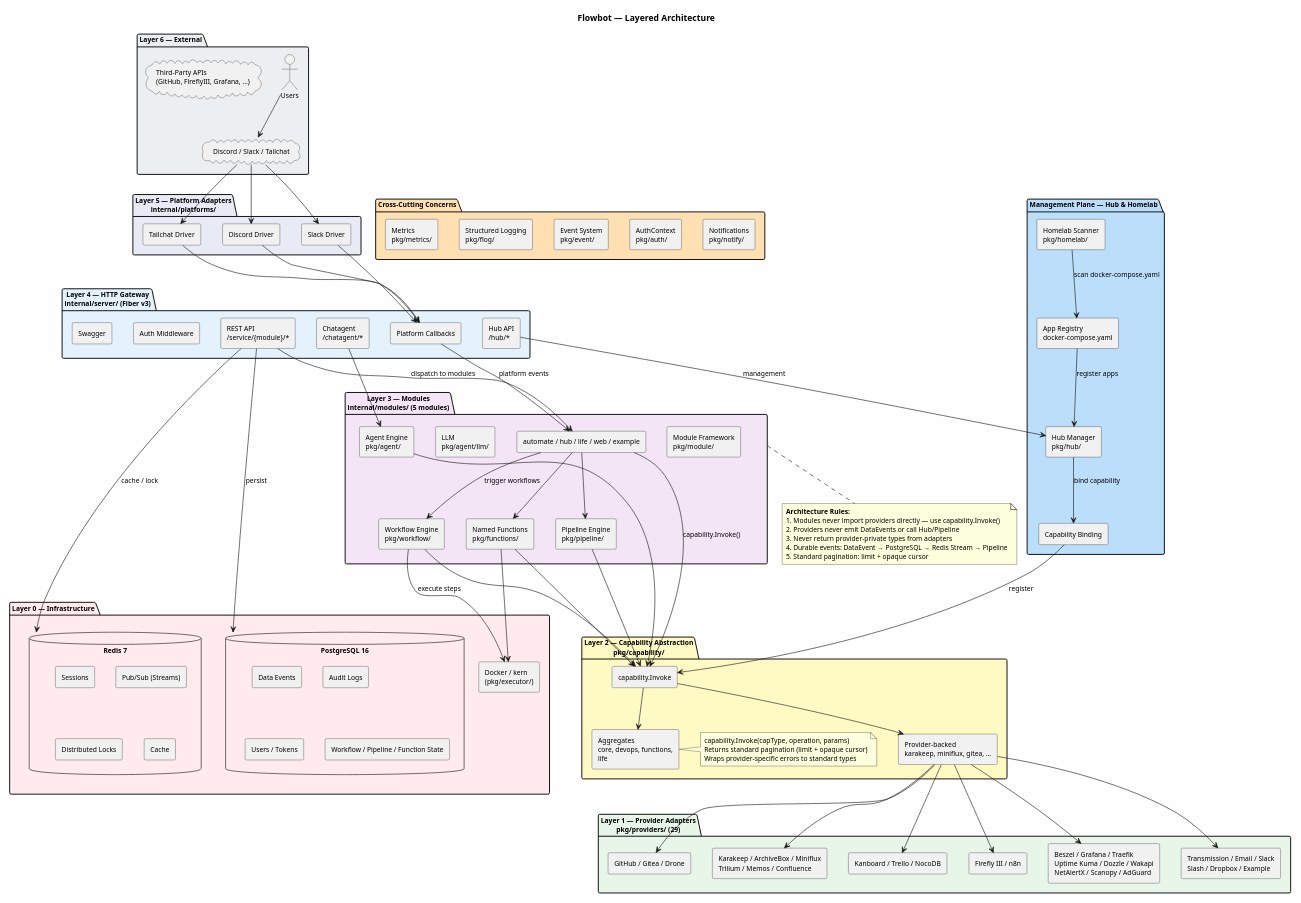
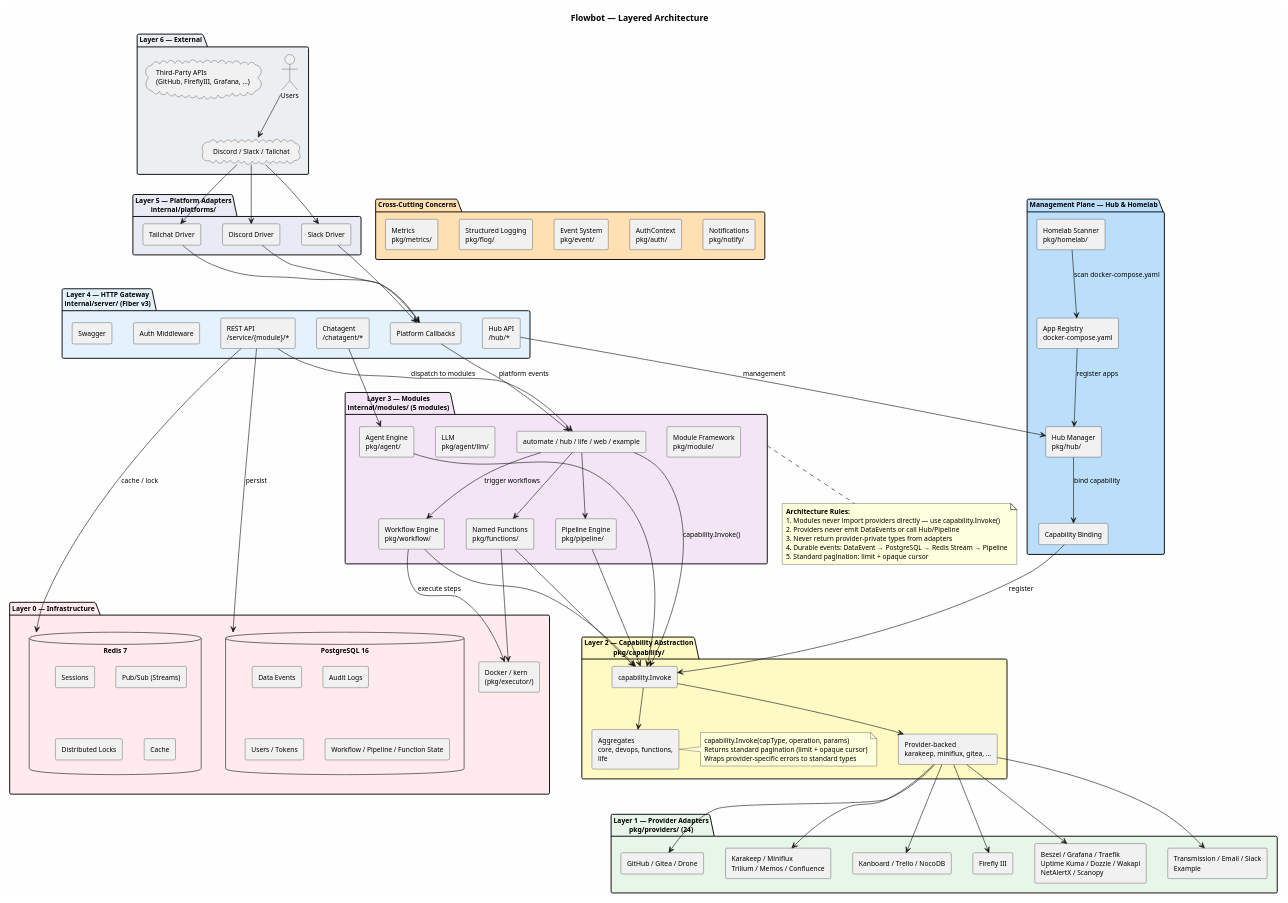
One commit to flowline-io/flowbot changed the diagram in docs/architecture/layers.puml. Above: the diagram before and after it, drawn with PlantUML. The commit also changed 26 other files, not shown here.

```diff
--- a/docs/architecture/layers.puml
+++ b/docs/architecture/layers.puml
@@ -1,188 +1,188 @@
 @startuml Layered Architecture
 ' =============================================================================
 ' Flowbot Layered Architecture Diagram
 ' =============================================================================
 
 skinparam componentStyle rectangle
 skinparam backgroundColor #FEFEFE
 skinparam defaultFontSize 11
 
 title Flowbot — Layered Architecture
 
 ' =============================================================================
 ' Layer 6: External
 ' =============================================================================
 package "Layer 6 — External" as L6 #ECEFF1 {
   actor Users
   cloud "Discord / Slack / Tailchat" as Chat
   cloud "Third-Party APIs\n(GitHub, FireflyIII, Grafana, ...)" as APIs
 }
 
 ' =============================================================================
 ' Layer 5: Platform Adapters
 ' =============================================================================
 package "Layer 5 — Platform Adapters\ninternal/platforms/" as L5 #E8EAF6 {
   [Discord Driver] as DiscordDrv
   [Slack Driver] as SlackDrv
   [Tailchat Driver] as TailchatDrv
 }
 
 ' =============================================================================
 ' Layer 4: HTTP / API Gateway
 ' =============================================================================
 package "Layer 4 — HTTP Gateway\ninternal/server/ (Fiber v3)" as L4 #E3F2FD {
   [REST API\n/service/{module}/*] as REST
   [Hub API\n/hub/*] as HubAPI
   [Chatagent\n/chatagent/*] as ChatAPI
   [Platform Callbacks] as Callbacks
   [Auth Middleware] as AuthMW
   [Swagger] as Swagger
 }
 
 ' =============================================================================
 ' Layer 3: Module / Business Logic
 ' =============================================================================
 package "Layer 3 — Modules\ninternal/modules/ (5 modules)" as L3 #F3E5F5 {
   [Module Framework\npkg/module/] as ModuleFW
   [automate / hub / life / web / example] as BotMods
   [Workflow Engine\npkg/workflow/] as WF
   [Pipeline Engine\npkg/pipeline/] as Pipeline
   [Named Functions\npkg/functions/] as FaaS
   [LLM\npkg/agent/llm/] as LLM
   [Agent Engine\npkg/agent/] as AgentEng
 }
 
 ' =============================================================================
 ' Layer 2: Capability Abstraction
 ' =============================================================================
 package "Layer 2 — Capability Abstraction\npkg/capability/" as L2 #FFF9C4 {
   [capability.Invoke] as CapInvoke
   [Provider-backed\nkarakeep, miniflux, gitea, ...] as ProvCaps
   [Aggregates\ncore, devops, functions,\nlife] as AggCaps
   note right
     capability.Invoke(capType, operation, params)
     Returns standard pagination (limit + opaque cursor)
     Wraps provider-specific errors to standard types
   end note
 }
 
 ' =============================================================================
 ' Layer 1: Provider Adapters
 ' =============================================================================
-package "Layer 1 — Provider Adapters\npkg/providers/ (29)" as L1 #E8F5E9 {
+package "Layer 1 — Provider Adapters\npkg/providers/ (24)" as L1 #E8F5E9 {
   [GitHub / Gitea / Drone] as DevGroup
-  [Karakeep / ArchiveBox / Miniflux\nTrilium / Memos / Confluence] as ContentGroup
+  [Karakeep / Miniflux\nTrilium / Memos / Confluence] as ContentGroup
   [Kanboard / Trello / NocoDB] as KanbanGroup
-  [Firefly III / n8n] as FinanceGroup
-  [Beszel / Grafana / Traefik\nUptime Kuma / Dozzle / Wakapi\nNetAlertX / Scanopy / AdGuard] as OpsGroup
-  [Transmission / Email / Slack\nSlash / Dropbox / Example] as OtherGroup
+  [Firefly III] as FinanceGroup
+  [Beszel / Grafana / Traefik\nUptime Kuma / Dozzle / Wakapi\nNetAlertX / Scanopy] as OpsGroup
+  [Transmission / Email / Slack\nExample] as OtherGroup
 }
 
 ' =============================================================================
 ' Layer 0: Infrastructure
 ' =============================================================================
 package "Layer 0 — Infrastructure" as L0 #FFEBEE {
   database "PostgreSQL 16" as PostgreSQL {
     [Data Events]
     [Audit Logs]
     [Users / Tokens]
     [Workflow / Pipeline / Function State]
   }
   database "Redis 7" as Redis {
     [Sessions]
     [Pub/Sub (Streams)]
     [Distributed Locks]
     [Cache]
   }
   [Docker / kern\n(pkg/executor/)] as Docker
 }
 
 ' =============================================================================
 ' Hub / Homelab (Side Plane)
 ' =============================================================================
 package "Management Plane — Hub & Homelab" as HubPlane #BBDEFB {
   [Homelab Scanner\npkg/homelab/] as Scanner
   [App Registry\ndocker-compose.yaml] as Registry
   [Hub Manager\npkg/hub/] as Hub
   [Capability Binding] as Binding
 }
 
 ' =============================================================================
 ' Cross-Cutting
 ' =============================================================================
 package "Cross-Cutting Concerns" as Cross #FFE0B2 {
   [AuthContext\npkg/auth/] as AuthCtx
   [Notifications\npkg/notify/] as Notify
   [Event System\npkg/event/] as EventSys
   [Structured Logging\npkg/flog/] as Flog
   [Metrics\npkg/metrics/] as Metrics
 }
 
 ' =============================================================================
 ' Connections — Top to Bottom
 ' =============================================================================
 Users --> Chat
 Chat --> DiscordDrv
 Chat --> SlackDrv
 Chat --> TailchatDrv
 
 DiscordDrv --> Callbacks
 SlackDrv --> Callbacks
 TailchatDrv --> Callbacks
 
 REST --> BotMods : dispatch to modules
 HubAPI --> Hub : management
 ChatAPI --> AgentEng
 Callbacks --> BotMods : platform events
 
 BotMods --> CapInvoke : capability.Invoke()
 AgentEng --> CapInvoke
 WF --> CapInvoke
 Pipeline --> CapInvoke
 FaaS --> CapInvoke
 
 CapInvoke --> ProvCaps
 CapInvoke --> AggCaps
 
 ProvCaps --> DevGroup
 ProvCaps --> ContentGroup
 ProvCaps --> KanbanGroup
 ProvCaps --> FinanceGroup
 ProvCaps --> OpsGroup
 ProvCaps --> OtherGroup
 
 BotMods --> WF : trigger workflows
 BotMods --> Pipeline
 BotMods --> FaaS
 WF --> Docker : execute steps
 FaaS --> Docker
 
 REST --> PostgreSQL : persist
 REST --> Redis : cache / lock
 
 ' =============================================================================
 ' Hub Plane
 ' =============================================================================
 Scanner --> Registry : scan docker-compose.yaml
 Registry --> Hub : register apps
 Hub --> Binding : bind capability
 Binding --> CapInvoke : register
 
 ' =============================================================================
 ' Cross-Cutting reaches all layers
 ' =============================================================================
 AuthCtx -[hidden]-> REST
 AuthCtx -[hidden]-> BotMods
 Notify -[hidden]-> BotMods
 EventSys -[hidden]-> BotMods
 
 note bottom of L3
   <b>Architecture Rules:</b>
   1. Modules never import providers directly — use capability.Invoke()
   2. Providers never emit DataEvents or call Hub/Pipeline
   3. Never return provider-private types from adapters
   4. Durable events: DataEvent → PostgreSQL → Redis Stream → Pipeline
   5. Standard pagination: limit + opaque cursor
 end note
 
 @enduml
```
